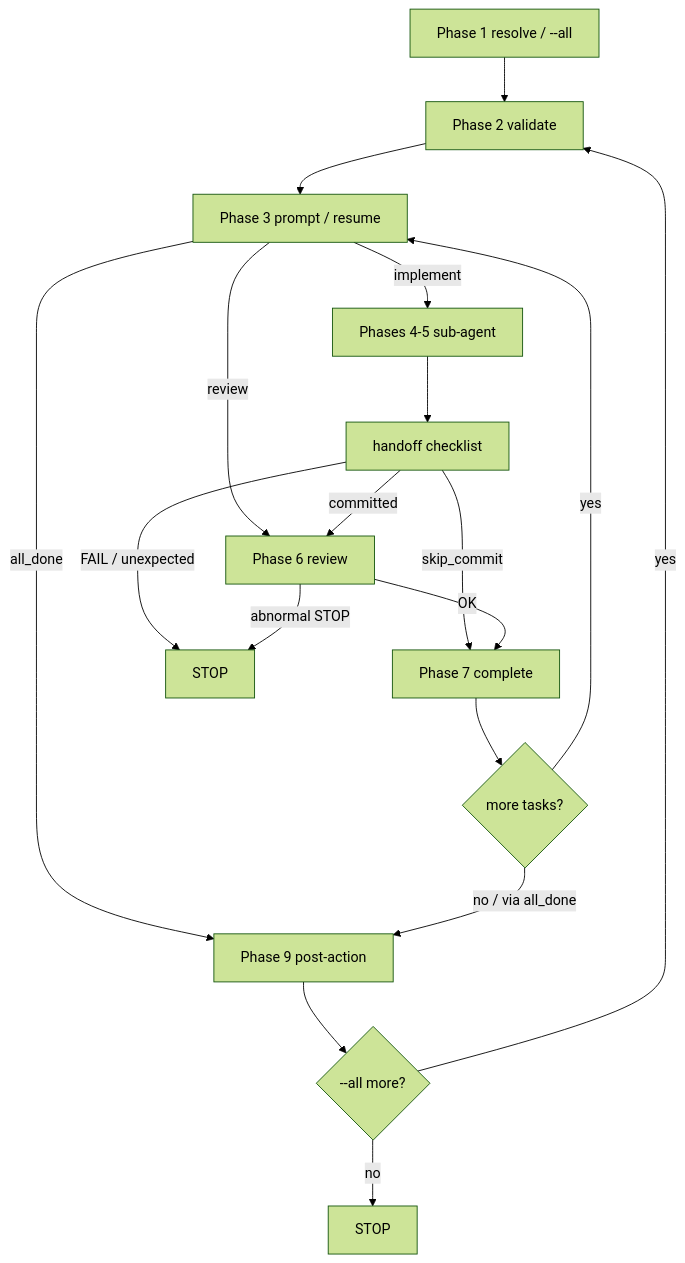
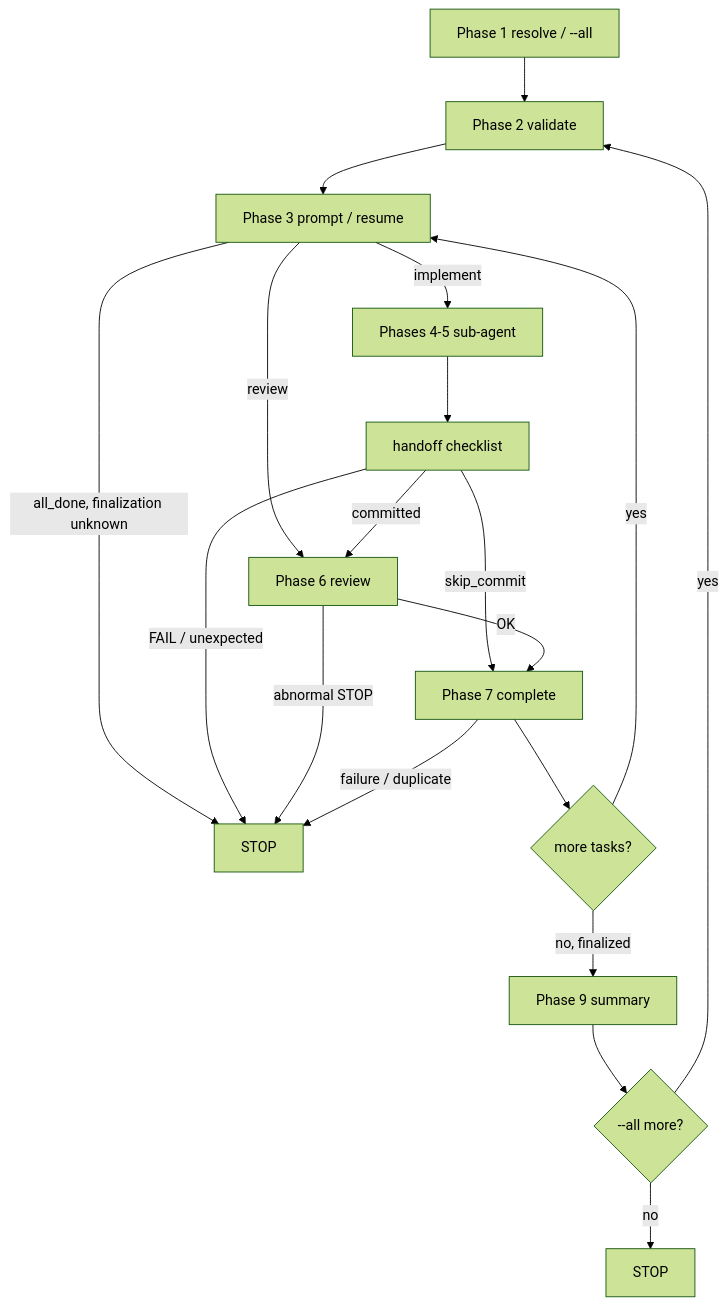
The diagram in skills/spex/commands/apply.md (jiangxin/spex), drawn with Mermaid (forest theme) before and after one commit. The commit also changed other lines of this file and 3 other files, not shown here.

````diff
--- a/skills/spex/commands/apply.md
+++ b/skills/spex/commands/apply.md
@@ -71,20 +72,21 @@
 ```mermaid
 flowchart TD
   P1[Phase 1 resolve / --all] --> P2[Phase 2 validate]
   P2 --> P3[Phase 3 prompt / resume]
-  P3 -->|all_done| P9[Phase 9 post-action]
+  P3 -->|all_done, finalization unknown| STOP
   P3 -->|review| P6[Phase 6 review]
   P3 -->|implement| SA[Phases 4-5 sub-agent]
   SA --> HO[handoff checklist]
   HO -->|committed| P6
   HO -->|skip_commit| P7[Phase 7 complete]
   HO -->|FAIL / unexpected| STOP[STOP]
   P6 -->|abnormal STOP| STOP
   P6 -->|OK| P7
   P7 --> P8{more tasks?}
   P8 -->|yes| P3
-  P8 -->|no / via all_done| P9
+  P7 -->|failure / duplicate| STOP
+  P8 -->|no, finalized| P9[Phase 9 summary]
   P9 --> ALL{--all more?}
   ALL -->|yes| P2
   ALL -->|no| END[STOP]
 ```
````
